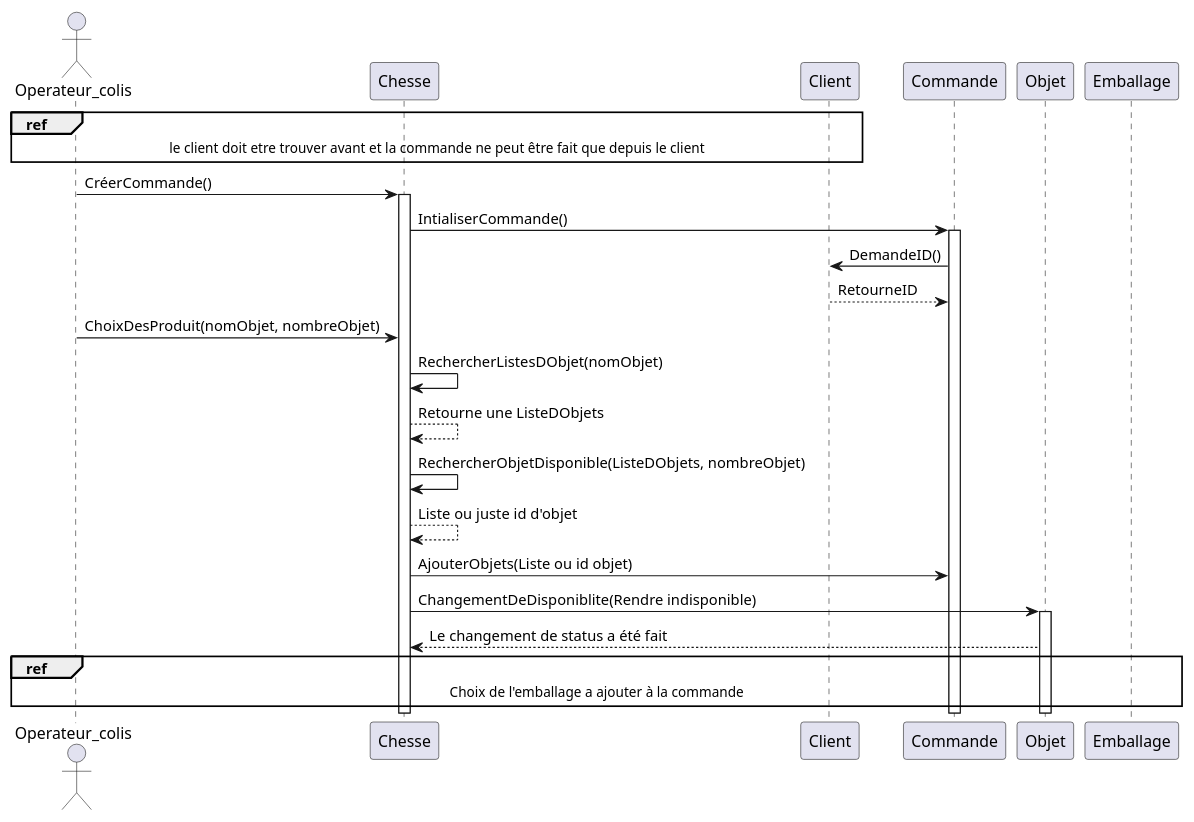
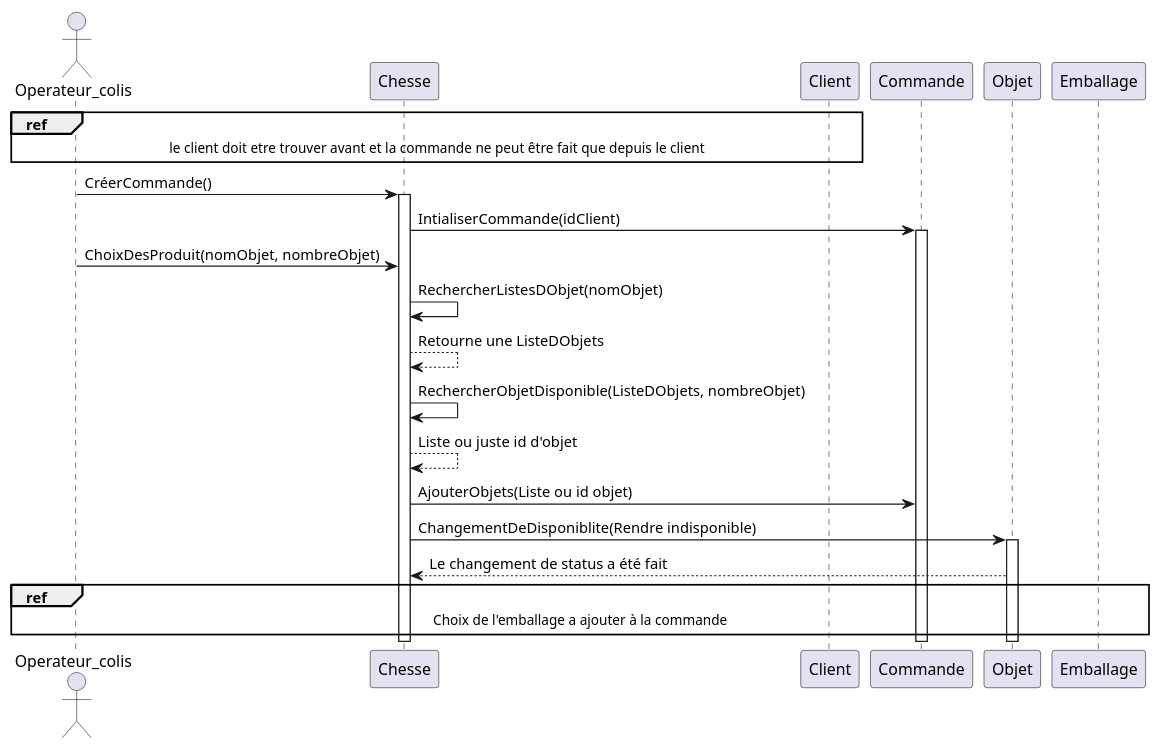
The diagram in Cas_séquence/Creer_une_commande.puml (Bluwen/Conception_d_une_application_informatique), drawn with PlantUML before and after one commit. The commit also changed 1 other file, not shown here.

```diff
--- a/Cas_séquence/Creer_une_commande.puml
+++ b/Cas_séquence/Creer_une_commande.puml
@@ -1,34 +1,34 @@
 @startuml brouillon
 
 actor Operateur_colis
 
 participant Chesse
 
 ref over Operateur_colis, Chesse, Client : le client doit etre trouver avant et la commande ne peut être fait que depuis le client
 
 Operateur_colis -> Chesse : CréerCommande()
 activate Chesse
 
-Chesse -> Commande : IntialiserCommande()
+Chesse -> Commande : IntialiserCommande(idClient)
 activate Commande 
 
-Commande -> Client : DemandeID()
-Client --> Commande : RetourneID
+'Commande -> Client : DemandeID()
+'Client --> Commande : RetourneID
 
 'Commande -> Chesse : DemanderDonner()
 'Chesse -> Operateur_colis : RentrerInformationCommande()
 
 Operateur_colis -> Chesse : ChoixDesProduit(nomObjet, nombreObjet)
 Chesse -> Chesse : RechercherListesDObjet(nomObjet)
 Chesse --> Chesse : Retourne une ListeDObjets
 Chesse -> Chesse : RechercherObjetDisponible(ListeDObjets, nombreObjet)
 Chesse --> Chesse : Liste ou juste id d'objet
 Chesse -> Commande : AjouterObjets(Liste ou id objet)
 Chesse -> Objet : ChangementDeDisponiblite(Rendre indisponible)
 activate Objet
 
 Objet --> Chesse : Le changement de status a été fait
 
 ref over Operateur_colis, Chesse, Commande, Emballage : Choix de l'emballage a ajouter à la commande
 
 @enduml
```
